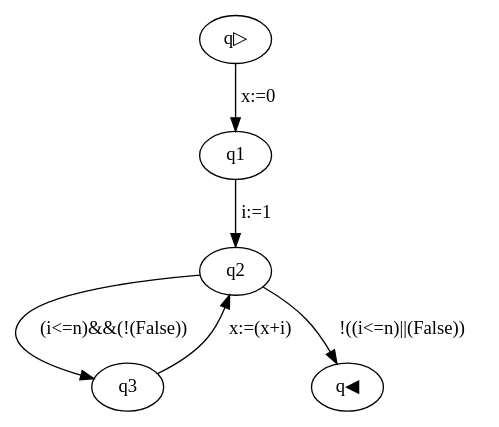
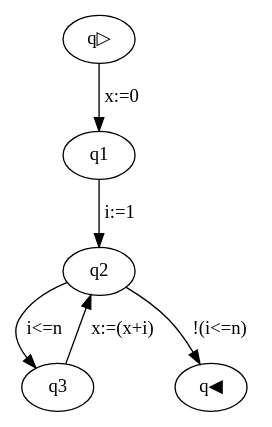
Before and after one commit to JepMik/GCL-Build-Analyse-Tool: the diagram in FilesOUT/graph.dot, drawn with Graphviz. The commit also changed 10 other files, not shown here.

```diff
--- a/FilesOUT/graph.dot
+++ b/FilesOUT/graph.dot
@@ -1,7 +1,7 @@
 strict digraph {
 q▷ -> q1[label="x:=0"];
 q1 -> q2[label="i:=1"];
-q2 -> q3[label="(i<=n)&&(!(False))"];
+q2 -> q3[label="i<=n"];
 q3 -> q2[label="x:=(x+i)"];
-q2 -> q◀[label="!((i<=n)||(False))"];
+q2 -> q◀[label="!(i<=n)"];
 }
```
